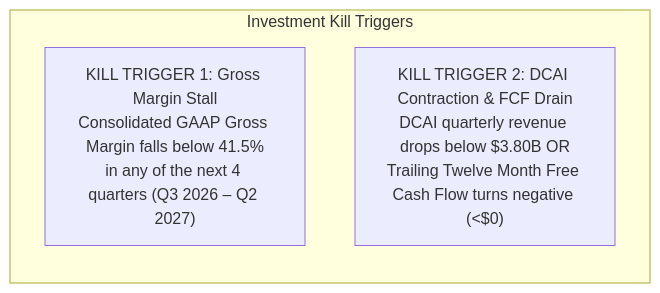
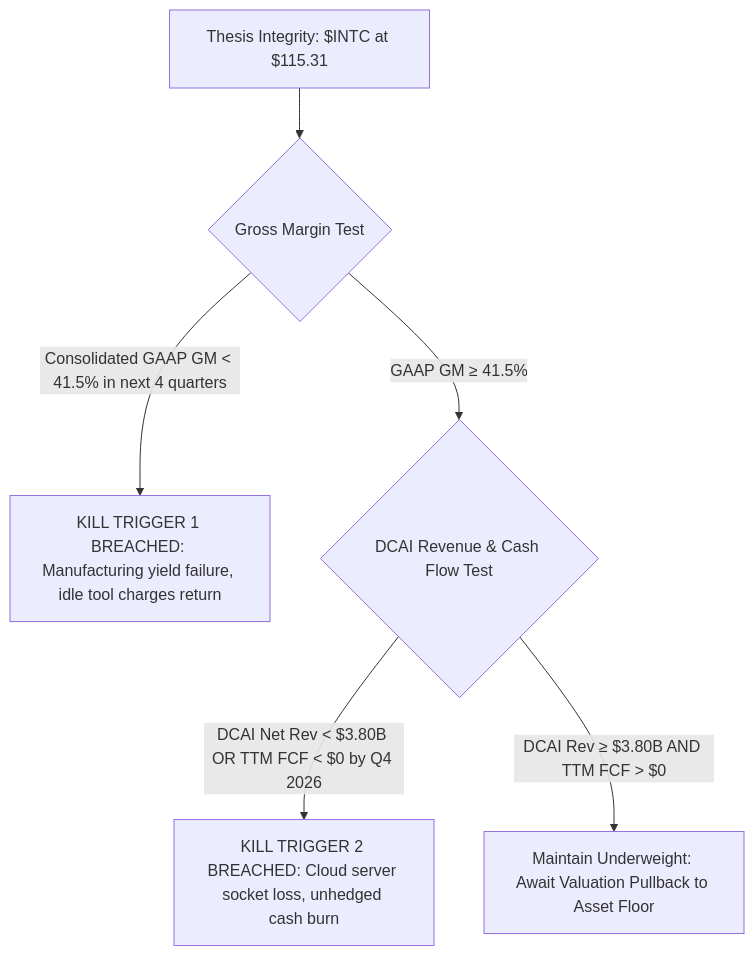
One commit to Unheat/memeTrading changed the third of 3 diagrams in web/src/content/articles/intc-intc-2026-09-28-001.md. Above: the diagram before and after it, drawn with Mermaid. The commit also changed other lines of this file and 6 other files, not shown here.

````diff
--- a/web/src/content/articles/intc-intc-2026-09-28-001.md
+++ b/web/src/content/articles/intc-intc-2026-09-28-001.md
@@ -302,8 +287,8 @@
 ```mermaid
-flowchart LR
-subgraph Kill_Switches["Investment Kill Triggers"]
-direction TB
-K1["KILL TRIGGER 1: Gross Margin Stall<br/>Consolidated GAAP Gross Margin falls below 41.5%<br/>in any of the next 4 quarters (Q3 2026 – Q2 2027)"]
-K2["KILL TRIGGER 2: DCAI Contraction & FCF Drain<br/>DCAI quarterly revenue drops below $3.80B OR<br/>Trailing Twelve Month Free Cash Flow turns negative (<$0)"]
-end
+flowchart TD
+    Thesis["Thesis Integrity: $INTC at $115.31"] --> TestGM{"Gross Margin Test"}
+    TestGM -- "Consolidated GAAP GM < 41.5% in next 4 quarters" --> Kill1["KILL TRIGGER 1 BREACHED: Manufacturing yield failure, idle tool charges return"]
+    TestGM -- "GAAP GM ≥ 41.5%" --> TestDCAI{"DCAI Revenue & Cash Flow Test"}
+    TestDCAI -- "DCAI Net Rev < $3.80B OR TTM FCF < $0 by Q4 2026" --> Kill2["KILL TRIGGER 2 BREACHED: Cloud server socket loss, unhedged cash burn"]
+    TestDCAI -- "DCAI Rev ≥ $3.80B AND TTM FCF > $0" --> Monitor["Maintain Underweight: Await Valuation Pullback to Asset Floor"]
 ```
````
